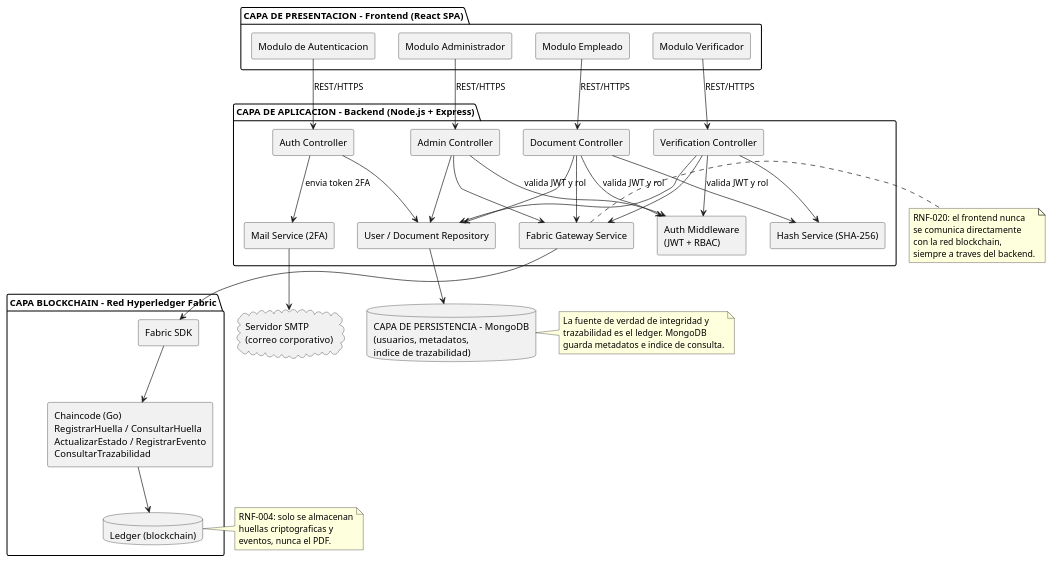
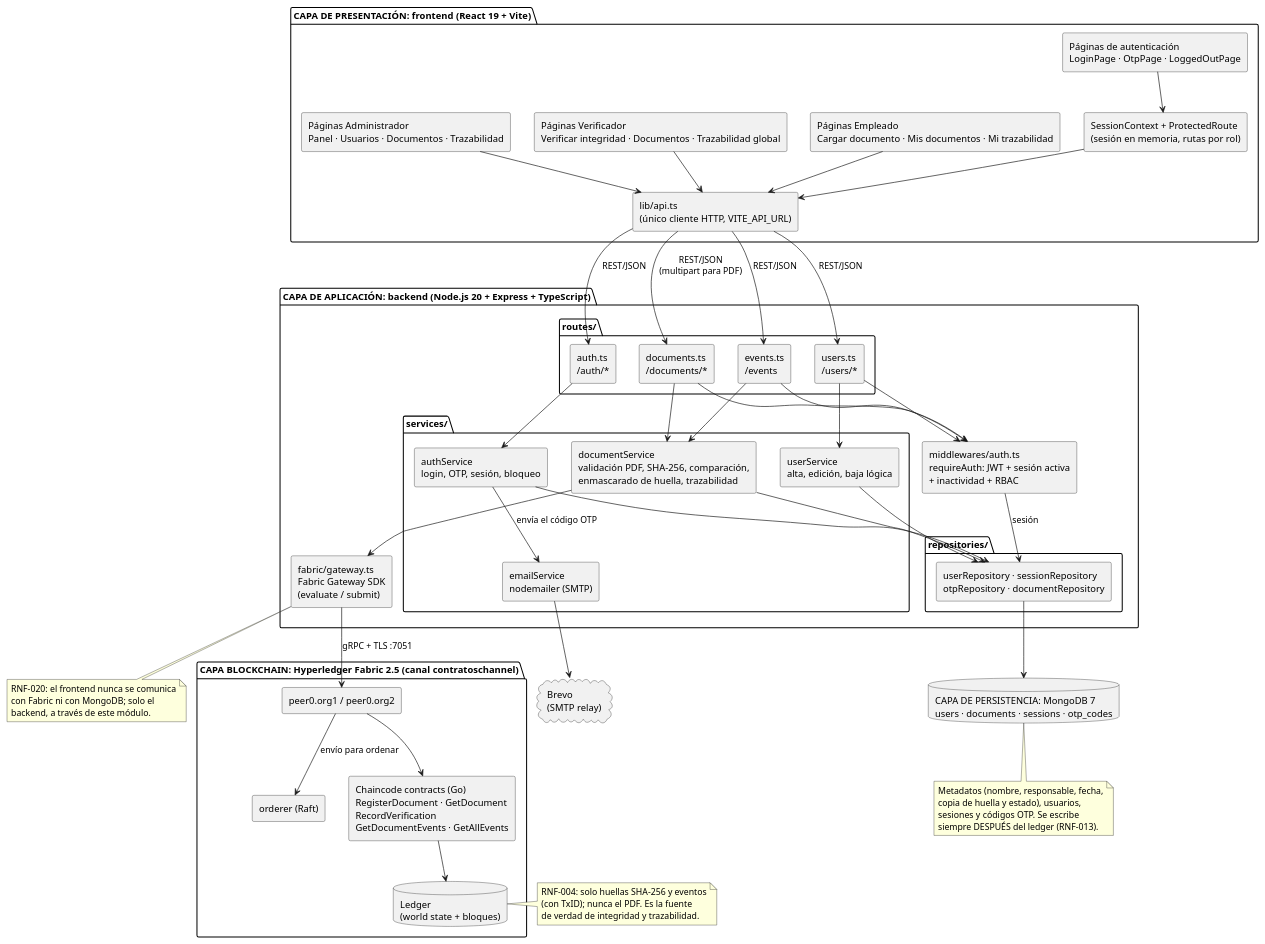
Before and after one commit to swummen/Blockchain_Contratos: the diagram in docs/Objetivo 2/uml/01-diagrama-componentes.puml, drawn with PlantUML. The commit also changed 61 other files, not shown here.

```diff
--- a/docs/Objetivo 2/uml/01-diagrama-componentes.puml
+++ b/docs/Objetivo 2/uml/01-diagrama-componentes.puml
@@ -1,75 +1,94 @@
 @startuml 01-diagrama-componentes
 skinparam componentStyle rectangle
 
-package "CAPA DE PRESENTACION - Frontend (React SPA)" {
-  [Modulo de Autenticacion] as UI_Auth
-  [Modulo Empleado] as UI_Empleado
-  [Modulo Verificador] as UI_Verificador
-  [Modulo Administrador] as UI_Admin
+package "CAPA DE PRESENTACIÓN: frontend (React 19 + Vite)" {
+  [Páginas de autenticación\nLoginPage · OtpPage · LoggedOutPage] as UI_Auth
+  [Páginas Empleado\nCargar documento · Mis documentos · Mi trazabilidad] as UI_Empleado
+  [Páginas Verificador\nVerificar integridad · Documentos · Trazabilidad global] as UI_Verificador
+  [Páginas Administrador\nPanel · Usuarios · Documentos · Trazabilidad] as UI_Admin
+  [SessionContext + ProtectedRoute\n(sesión en memoria, rutas por rol)] as UI_Session
+  [lib/api.ts\n(único cliente HTTP, VITE_API_URL)] as UI_Api
 }
 
-package "CAPA DE APLICACION - Backend (Node.js + Express)" {
-  [Auth Controller] as C_Auth
-  [Document Controller] as C_Doc
-  [Verification Controller] as C_Verif
-  [Admin Controller] as C_Admin
-  [Hash Service (SHA-256)] as S_Hash
-  [Fabric Gateway Service] as S_Fabric
-  [User / Document Repository] as S_Repo
-  [Auth Middleware\n(JWT + RBAC)] as S_AuthMW
-  [Mail Service (2FA)] as S_Mail
+package "CAPA DE APLICACIÓN: backend (Node.js 20 + Express + TypeScript)" {
+  package "routes/" {
+    [auth.ts\n/auth/*] as R_Auth
+    [documents.ts\n/documents/*] as R_Docs
+    [events.ts\n/events] as R_Events
+    [users.ts\n/users/*] as R_Users
+  }
+  [middlewares/auth.ts\nrequireAuth: JWT + sesión activa\n+ inactividad + RBAC] as MW
+  package "services/" {
+    [authService\nlogin, OTP, sesión, bloqueo] as S_Auth
+    [documentService\nvalidación PDF, SHA-256, comparación,\nenmascarado de huella, trazabilidad] as S_Doc
+    [userService\nalta, edición, baja lógica] as S_User
+    [emailService\nnodemailer (SMTP)] as S_Mail
+  }
+  package "repositories/" {
+    [userRepository · sessionRepository\notpRepository · documentRepository] as Repo
+  }
+  [fabric/gateway.ts\nFabric Gateway SDK\n(evaluate / submit)] as GW
 }
 
-database "CAPA DE PERSISTENCIA - MongoDB\n(usuarios, metadatos,\nindice de trazabilidad)" as DB
+database "CAPA DE PERSISTENCIA: MongoDB 7\nusers · documents · sessions · otp_codes" as DB
 
-package "CAPA BLOCKCHAIN - Red Hyperledger Fabric" {
-  [Fabric SDK] as SDK
-  [Chaincode (Go)\nRegistrarHuella / ConsultarHuella\nActualizarEstado / RegistrarEvento\nConsultarTrazabilidad] as CC
-  database "Ledger (blockchain)" as Ledger
+package "CAPA BLOCKCHAIN: Hyperledger Fabric 2.5 (canal contratoschannel)" {
+  [peer0.org1 / peer0.org2] as Peer
+  [Chaincode contracts (Go)\nRegisterDocument · GetDocument\nRecordVerification\nGetDocumentEvents · GetAllEvents] as CC
+  database "Ledger\n(world state + bloques)" as Ledger
+  [orderer (Raft)] as Orderer
 }
 
-cloud "Servidor SMTP\n(correo corporativo)" as SMTP
-UI_Auth --> C_Auth : REST/HTTPS
-UI_Empleado --> C_Doc : REST/HTTPS
-UI_Verificador --> C_Verif : REST/HTTPS
-UI_Admin --> C_Admin : REST/HTTPS
+cloud "Brevo\n(SMTP relay)" as Brevo
 
-C_Auth --> S_Repo
-C_Doc --> S_Hash
-C_Doc --> S_Fabric
-C_Doc --> S_Repo
-C_Verif --> S_Hash
-C_Verif --> S_Fabric
-C_Verif --> S_Repo
-C_Admin --> S_Repo
-C_Admin --> S_Fabric
-C_Auth --> S_Mail : envia token 2FA
-S_Mail --> SMTP
-C_Doc --> S_AuthMW : valida JWT y rol
-C_Verif --> S_AuthMW : valida JWT y rol
-C_Admin --> S_AuthMW : valida JWT y rol
+UI_Auth --> UI_Session
+UI_Empleado --> UI_Api
+UI_Verificador --> UI_Api
+UI_Admin --> UI_Api
+UI_Session --> UI_Api
+UI_Api --> R_Auth : REST/JSON
+UI_Api --> R_Docs : REST/JSON\n(multipart para PDF)
+UI_Api --> R_Events : REST/JSON
+UI_Api --> R_Users : REST/JSON
 
-S_Repo --> DB
-S_Fabric --> SDK
-SDK --> CC
+R_Auth --> S_Auth
+R_Docs --> MW
+R_Events --> MW
+R_Users --> MW
+R_Docs --> S_Doc
+R_Events --> S_Doc
+R_Users --> S_User
+
+S_Auth --> S_Mail : envía el código OTP
+S_Auth --> Repo
+S_Doc --> Repo
+S_Doc --> GW
+S_User --> Repo
+MW --> Repo : sesión
+
+S_Mail --> Brevo
+Repo --> DB
+GW --> Peer : gRPC + TLS :7051
+Peer --> CC
 CC --> Ledger
+Peer --> Orderer : envío para ordenar
 
-note right of S_Fabric
-  RNF-020: el frontend nunca
-  se comunica directamente
-  con la red blockchain,
-  siempre a traves del backend.
+note bottom of GW
+  RNF-020: el frontend nunca se comunica
+  con Fabric ni con MongoDB; solo el
+  backend, a través de este módulo.
 end note
 
 note right of Ledger
-  RNF-004: solo se almacenan
-  huellas criptograficas y
-  eventos, nunca el PDF.
+  RNF-004: solo huellas SHA-256 y eventos
+  (con TxID); nunca el PDF. Es la fuente
+  de verdad de integridad y trazabilidad.
 end note
 
-note right of DB
-  La fuente de verdad de integridad y
-  trazabilidad es el ledger. MongoDB
-  guarda metadatos e indice de consulta.
+note bottom of DB
+  Metadatos (nombre, responsable, fecha,
+  copia de huella y estado), usuarios,
+  sesiones y códigos OTP. Se escribe
+  siempre DESPUÉS del ledger (RNF-013).
 end note
 @enduml
```
